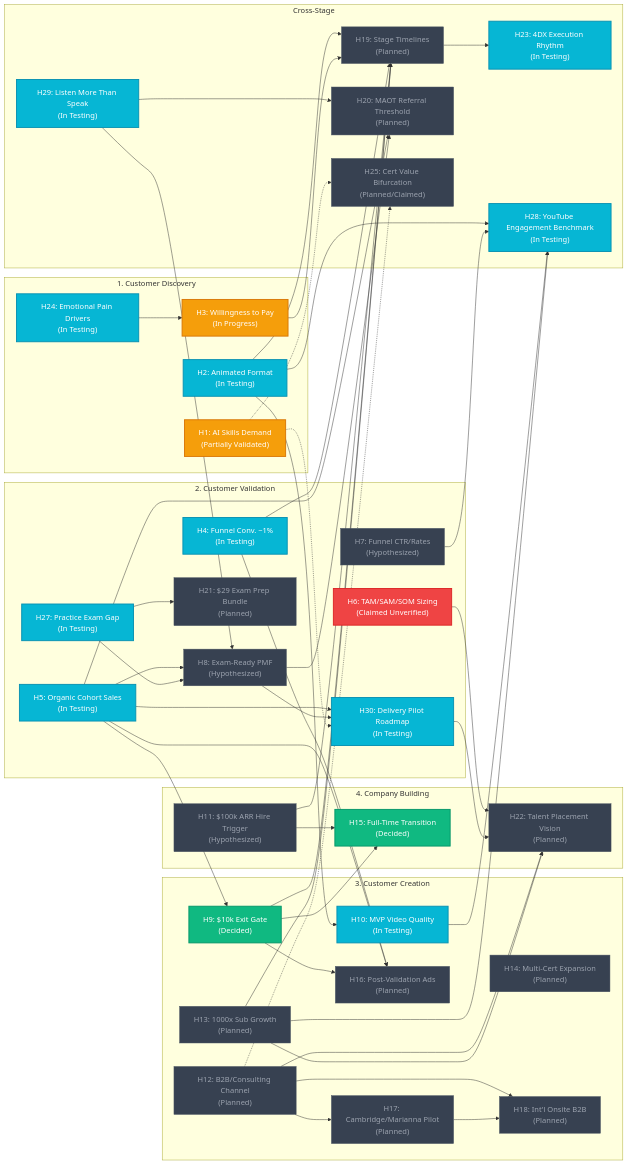
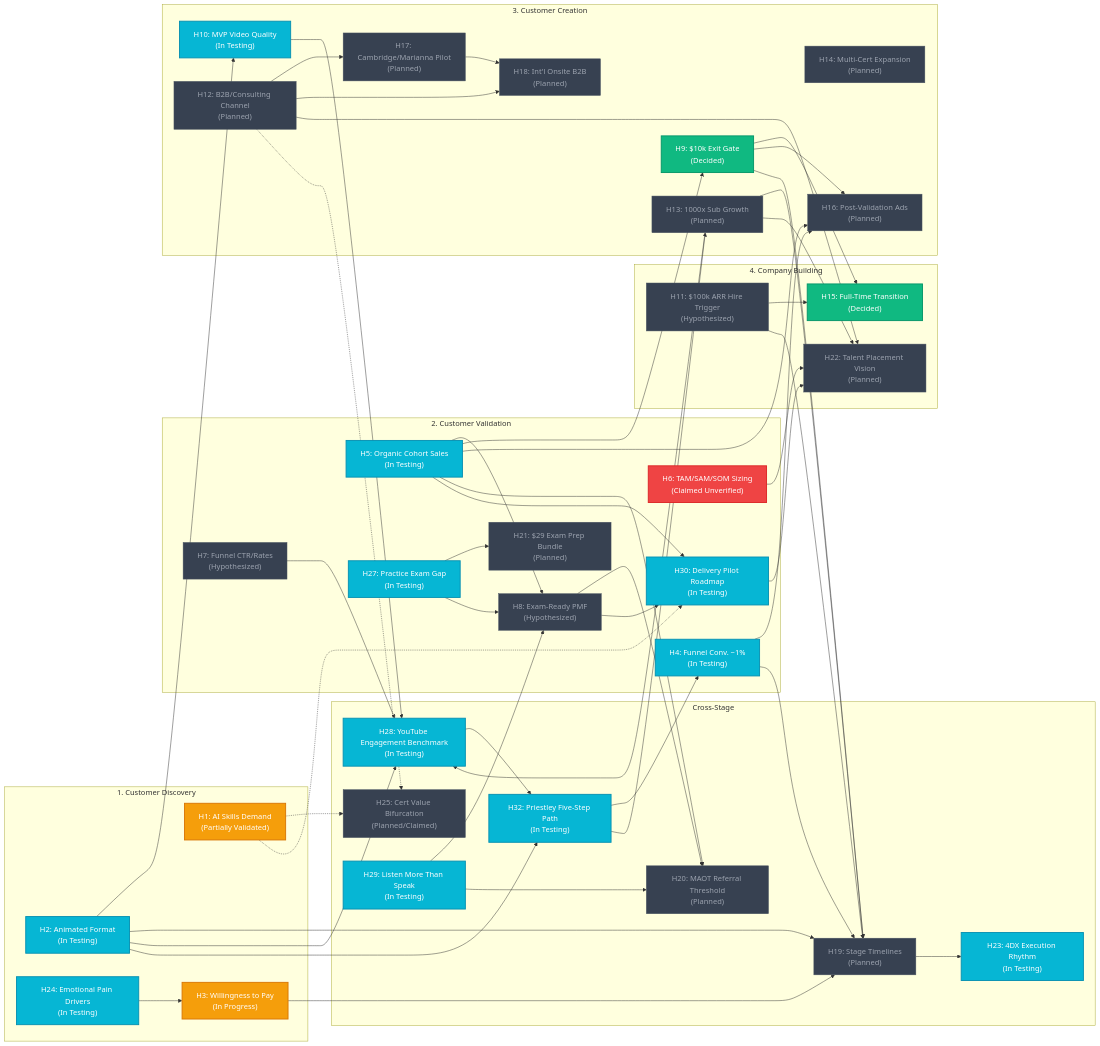
Before and after one commit to rifaterdemsahin/AI-Certification-Customer-Development: the diagram in HYPOTHESIS.md, drawn with Mermaid. The commit also changed other lines of this file and 21 other files, not shown here.

First line of the commit message:
feat(growth): add Shorts dashboard, Priestley H32 CHAOS path, and Tuncer 300-video fence

```diff
--- a/HYPOTHESIS.md
+++ b/HYPOTHESIS.md
@@ -57,6 +57,7 @@
         H25["H25: Cert Value Bifurcation<br>(Planned/Claimed)"]:::planned
         H28["H28: YouTube Engagement Benchmark<br>(In Testing)"]:::testing
         H29["H29: Listen More Than Speak<br>(In Testing)"]:::testing
+        H32["H32: Priestley Five-Step Path<br>(In Testing)"]:::testing
     end
 
     %% Dependencies
@@ -90,6 +91,10 @@
     H7 --> H28
     H10 --> H28
     H13 --> H28
+    H2 --> H32
+    H28 --> H32
+    H32 --> H4
+    H32 --> H13
     H1 -.-> H25
     H12 -.-> H25
     H29 --> H8
```
